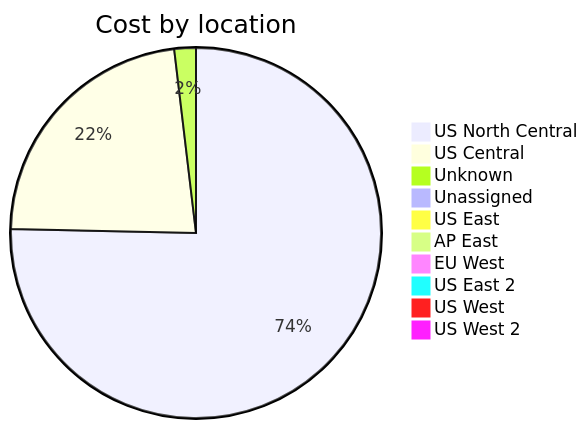
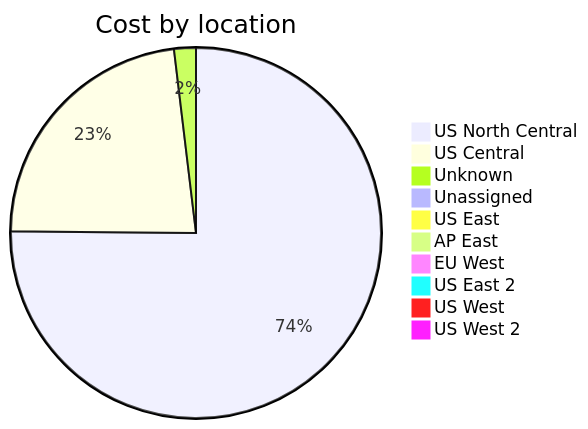
The third of 4 diagrams in cost-reports/accumulated-cost.md (jpfulton/azure-personal-reports), drawn with Mermaid before and after one commit. The commit also changed other lines of this file and 4 other files, not shown here.

````diff
--- a/cost-reports/accumulated-cost.md
+++ b/cost-reports/accumulated-cost.md
@@ -130,14 +130,14 @@
 ```mermaid
 pie
    title Cost by location
-   "US North Central" : 35.23
-   "US Central" : 10.65
-   "Unknown" : 0.88
-   "Unassigned" : 0.43
-   "US East" : 0.19
+   "US North Central" : 36.74
+   "US Central" : 11.22
+   "Unknown" : 0.93
+   "Unassigned" : 0.46
+   "US East" : 0.20
    "AP East" : 0.00
    "EU West" : 0.00
    "US East 2" : 0.00
    "US West" : 0.00
    "US West 2" : 0.00
 ```
````
